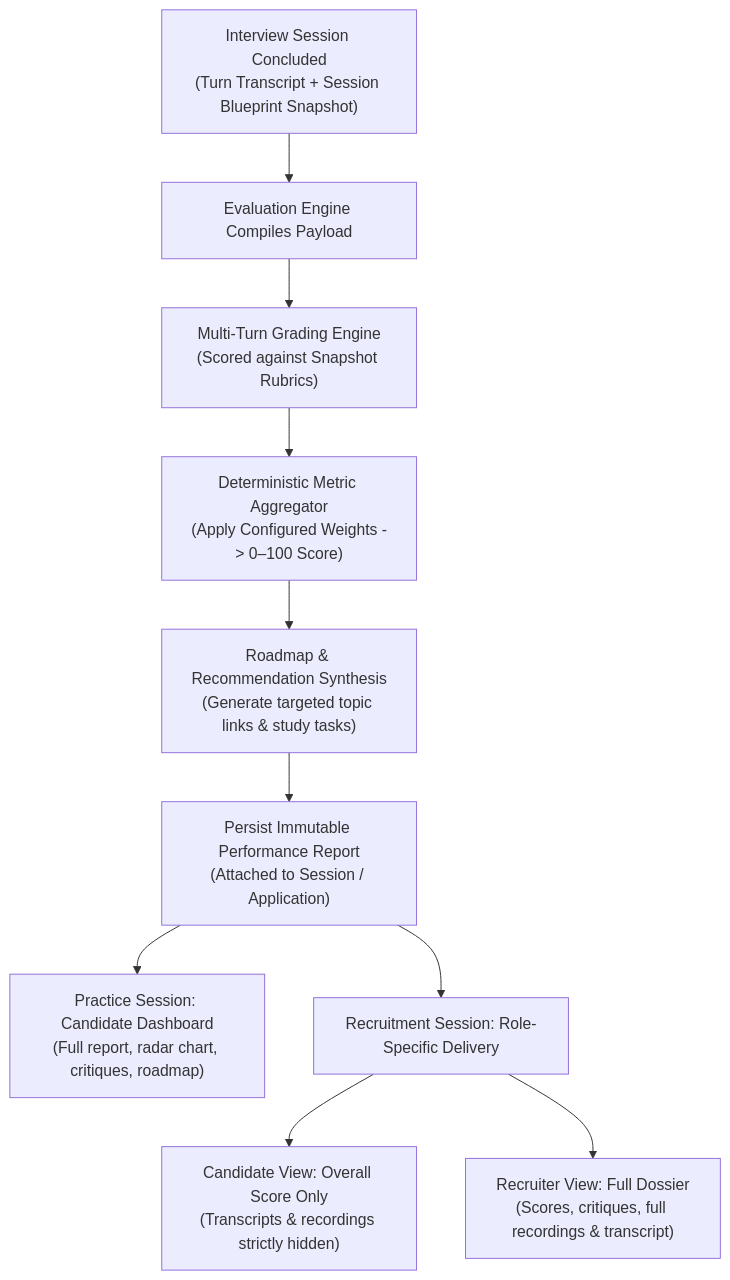
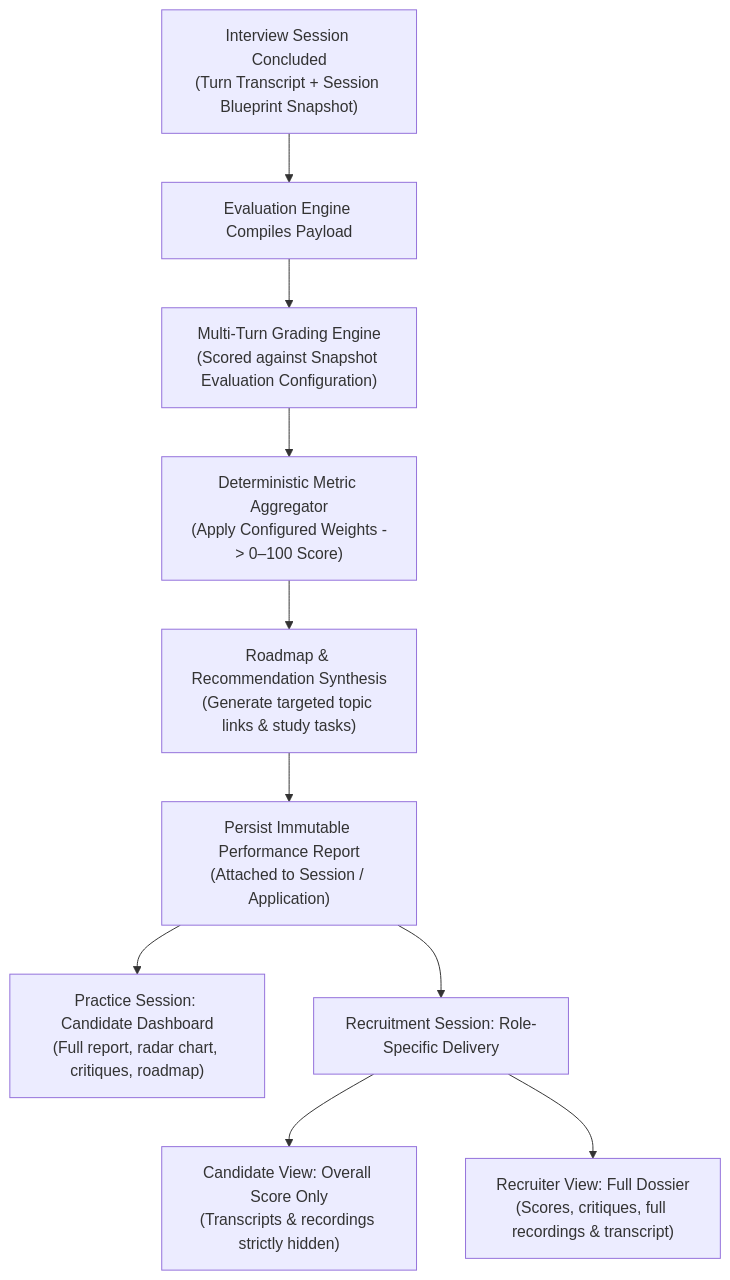
One commit to cog-forge/role-cue-brain changed the diagram in 01_Domains/Evaluation/README.md. Above: the diagram before and after it, drawn with Mermaid. The commit also changed other lines of this file and 11 other files, not shown here.

````diff
--- a/01_Domains/Evaluation/README.md
+++ b/01_Domains/Evaluation/README.md
@@ -67,13 +67,13 @@
 ```mermaid
 flowchart TD
     A["Interview Session Concluded<br/>(Turn Transcript + Session Blueprint Snapshot)"] --> B["Evaluation Engine Compiles Payload"]
-    B --> C["Multi-Turn Grading Engine<br/>(Scored against Snapshot Rubrics)"]
+    B --> C["Multi-Turn Grading Engine<br/>(Scored against Snapshot Evaluation Configuration)"]
+    D --> E["Roadmap & Recommendation Synthesis<br/>(Generate targeted topic links & study tasks)"]
     C --> D["Deterministic Metric Aggregator<br/>(Apply Configured Weights -> 0–100 Score)"]
-    D --> E["Roadmap & Recommendation Synthesis<br/>(Generate targeted topic links & study tasks)"]
     E --> F["Persist Immutable Performance Report<br/>(Attached to Session / Application)"]
     
     F --> G1["Practice Session: Candidate Dashboard<br/>(Full report, radar chart, critiques, roadmap)"]
     F --> G2["Recruitment Session: Role-Specific Delivery"]
     G2 --> H1["Candidate View: Overall Score Only<br/>(Transcripts & recordings strictly hidden)"]
     G2 --> H2["Recruiter View: Full Dossier<br/>(Scores, critiques, full recordings & transcript)"]
 ```
````
